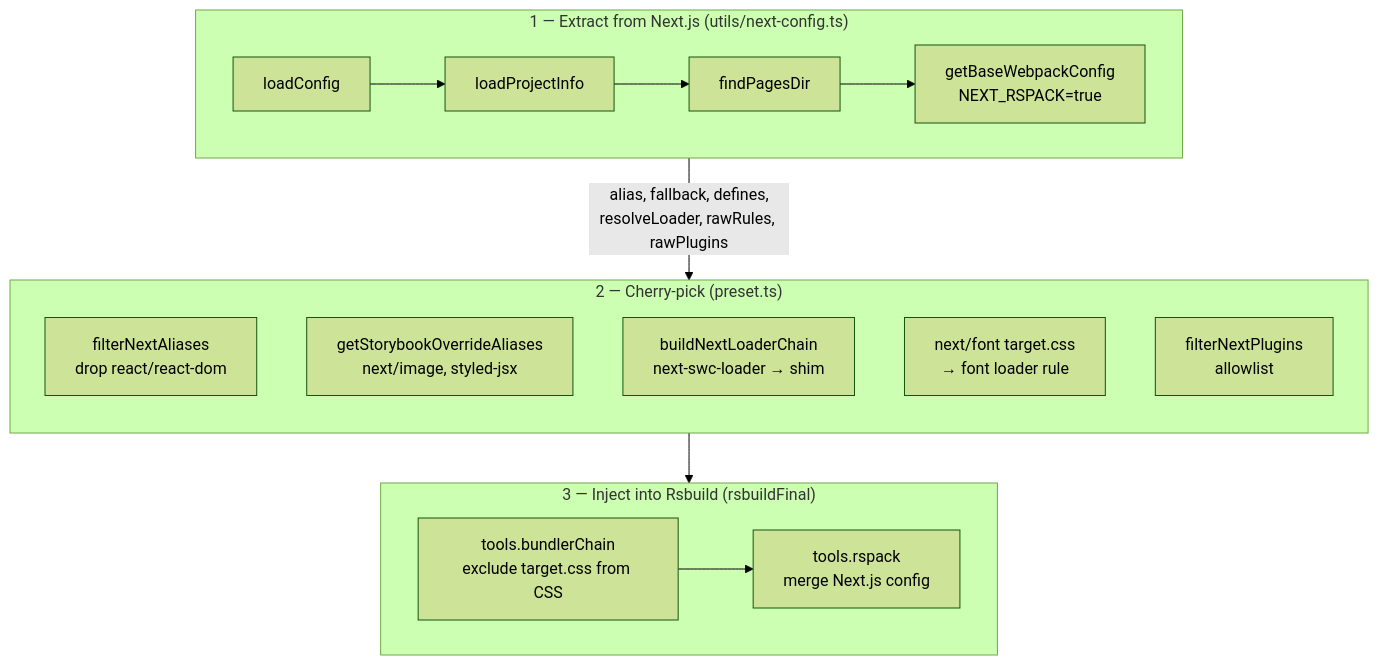
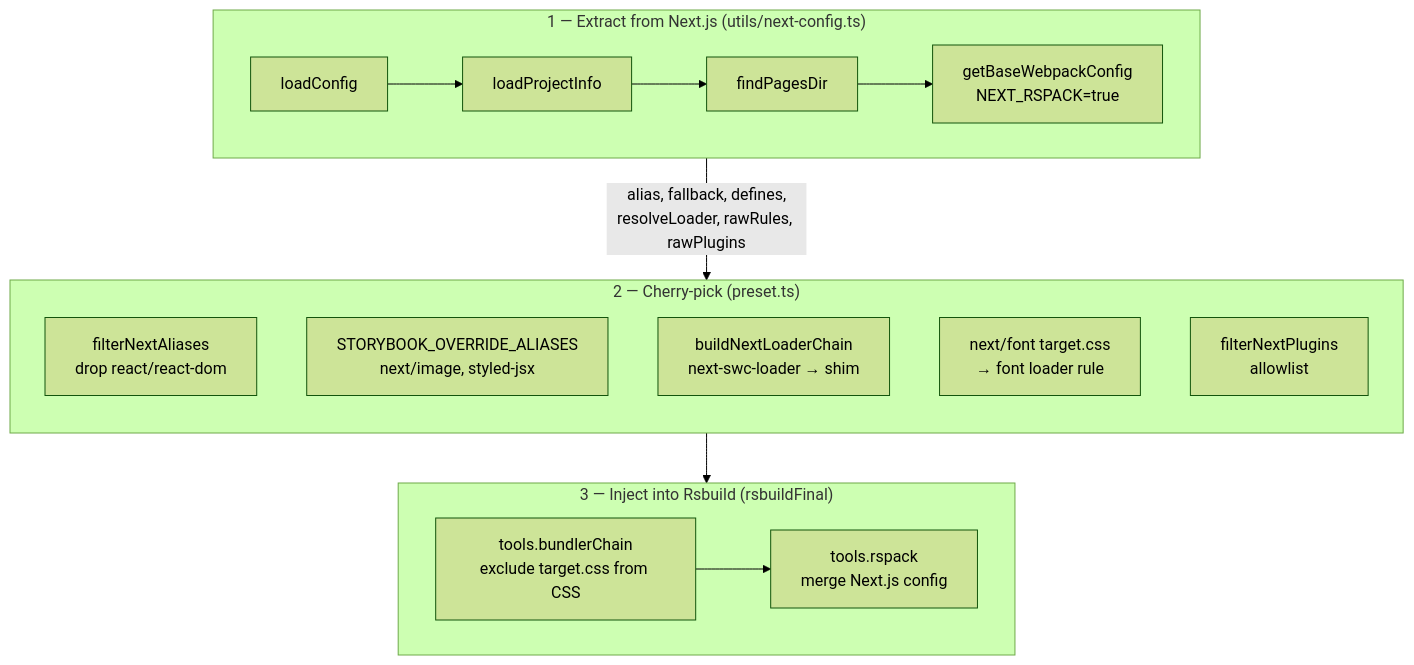
One commit to rstackjs/storybook-rsbuild changed the diagram in packages/framework-next/AGENTS.md. Above: the diagram before and after it, drawn with Mermaid (forest theme). The commit also changed other lines of this file and 4 other files, not shown here.

````diff
--- a/packages/framework-next/AGENTS.md
+++ b/packages/framework-next/AGENTS.md
@@ -22,25 +22,25 @@
 ```mermaid
 flowchart TD
     subgraph P1["1 — Extract from Next.js (utils/next-config.ts)"]
         direction LR
         LC[loadConfig] --> LP[loadProjectInfo] --> FP[findPagesDir] --> GB["getBaseWebpackConfig<br/>NEXT_RSPACK=true"]
     end
 
     P1 -->|"alias, fallback, defines,<br/>resolveLoader, rawRules, rawPlugins"| P2
 
     subgraph P2["2 — Cherry-pick (preset.ts)"]
         direction TB
         FNA["filterNextAliases<br/>drop react/react-dom"]
-        SOA["getStorybookOverrideAliases<br/>next/image, styled-jsx"]
+        SOA["STORYBOOK_OVERRIDE_ALIASES<br/>next/image, styled-jsx"]
         BLC["buildNextLoaderChain<br/>next-swc-loader → shim"]
         NFR["next/font target.css<br/>→ font loader rule"]
         FNP["filterNextPlugins<br/>allowlist"]
     end
 
     P2 --> P3
 
     subgraph P3["3 — Inject into Rsbuild (rsbuildFinal)"]
         direction LR
         BC["tools.bundlerChain<br/>exclude target.css from CSS"] --> RS["tools.rspack<br/>merge Next.js config"]
     end
 ```
````
